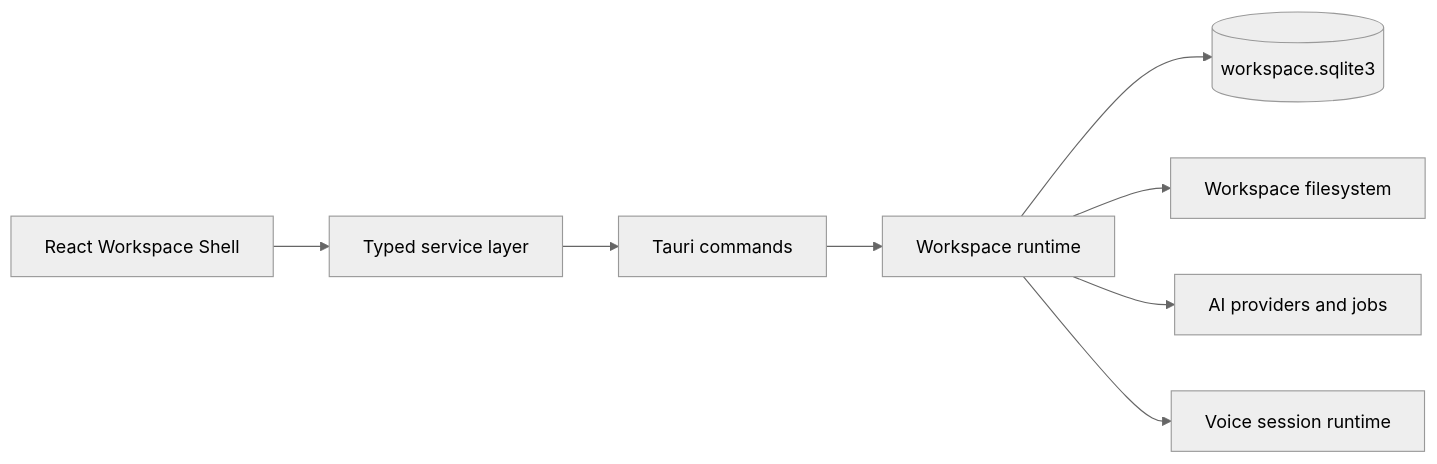
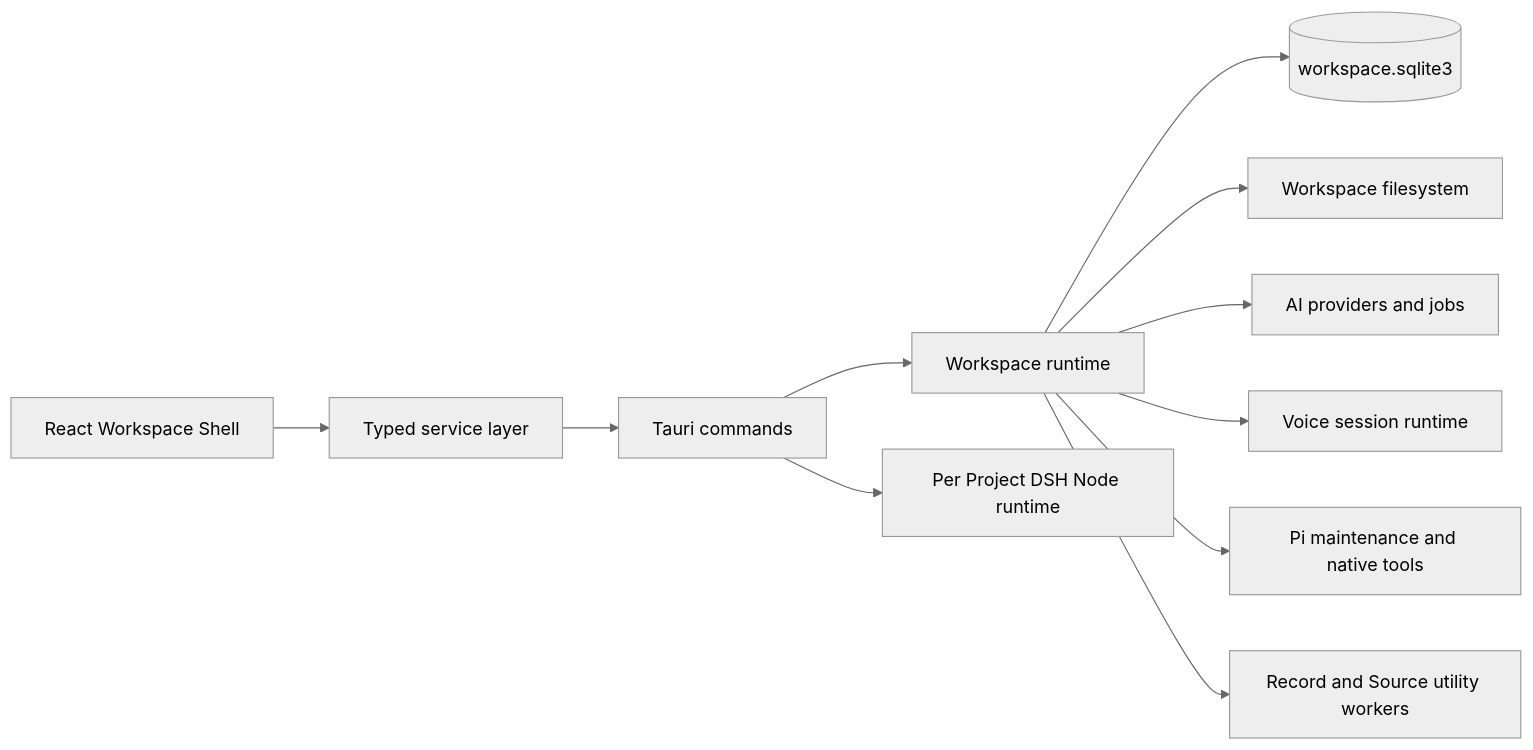
One commit to xuchen-cloud/project_mind changed the diagram in docs/system-design.md. Above: the diagram before and after it, drawn with Mermaid (neutral theme). The commit also changed other lines of this file and 114 other files, not shown here.

````diff
--- a/docs/system-design.md
+++ b/docs/system-design.md
@@ -13,10 +13,13 @@
 ```mermaid
 flowchart LR
   UI[React Workspace Shell] --> API[Typed service layer]
   API --> CMD[Tauri commands]
   CMD --> RT[Workspace runtime]
   RT --> DB[(workspace.sqlite3)]
   RT --> FS[Workspace filesystem]
   RT --> AI[AI providers and jobs]
   RT --> VOICE[Voice session runtime]
+  CMD --> DSH[Per Project DSH Node runtime]
+  RT --> PI[Pi maintenance and native tools]
+  RT --> WORKER[Record and Source utility workers]
 ```
````
